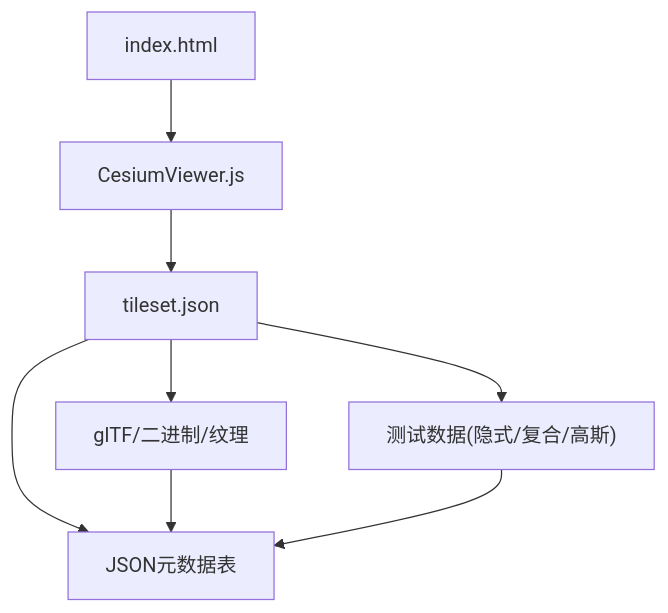
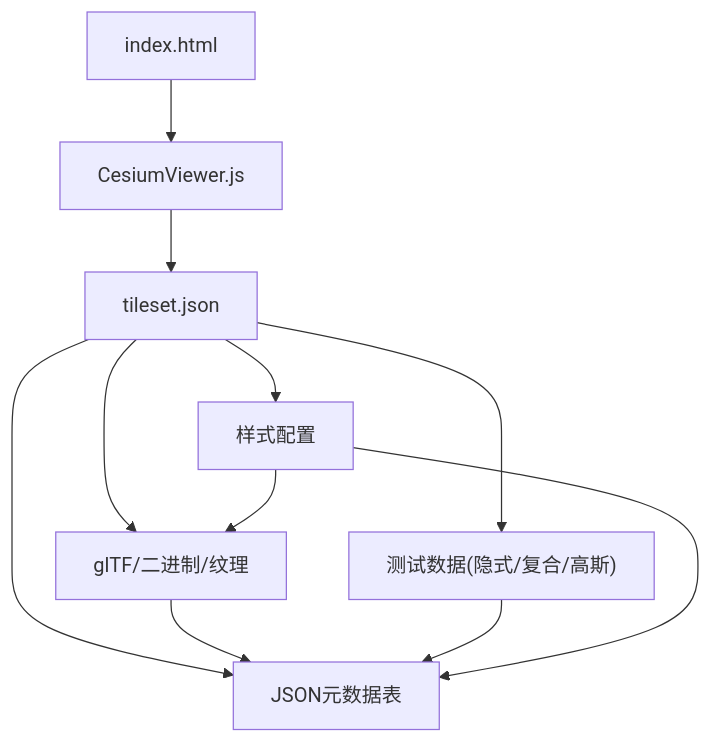
The seventh of 7 diagrams in .qoder/repowiki/zh/content/项目概述/核心特性/3D数据格式支持/3D Tiles标准支持/3D Tiles标准支持.md (rzhangjing/cesium), drawn with Mermaid before and after one commit. The commit also changed other lines of this file and 29 other files, not shown here.

````diff
--- a/.qoder/repowiki/zh/content/项目概述/核心特性/3D数据格式支持/3D Tiles标准支持/3D Tiles标准支持.md
+++ b/.qoder/repowiki/zh/content/项目概述/核心特性/3D数据格式支持/3D Tiles标准支持/3D Tiles标准支持.md
@@ -352,10 +424,13 @@
 ```mermaid
 graph TB
 HTML["index.html"] --> JS["CesiumViewer.js"]
 JS --> JSON["tileset.json"]
 JSON --> GLTF["glTF/二进制/纹理"]
 JSON --> TEST["测试数据(隐式/复合/高斯)"]
 JSON --> METADATA["JSON元数据表"]
+JSON --> STYLE["样式配置"]
 GLTF --> METADATA
 TEST --> METADATA
+STYLE --> GLTF
+STYLE --> METADATA
 ```
````
